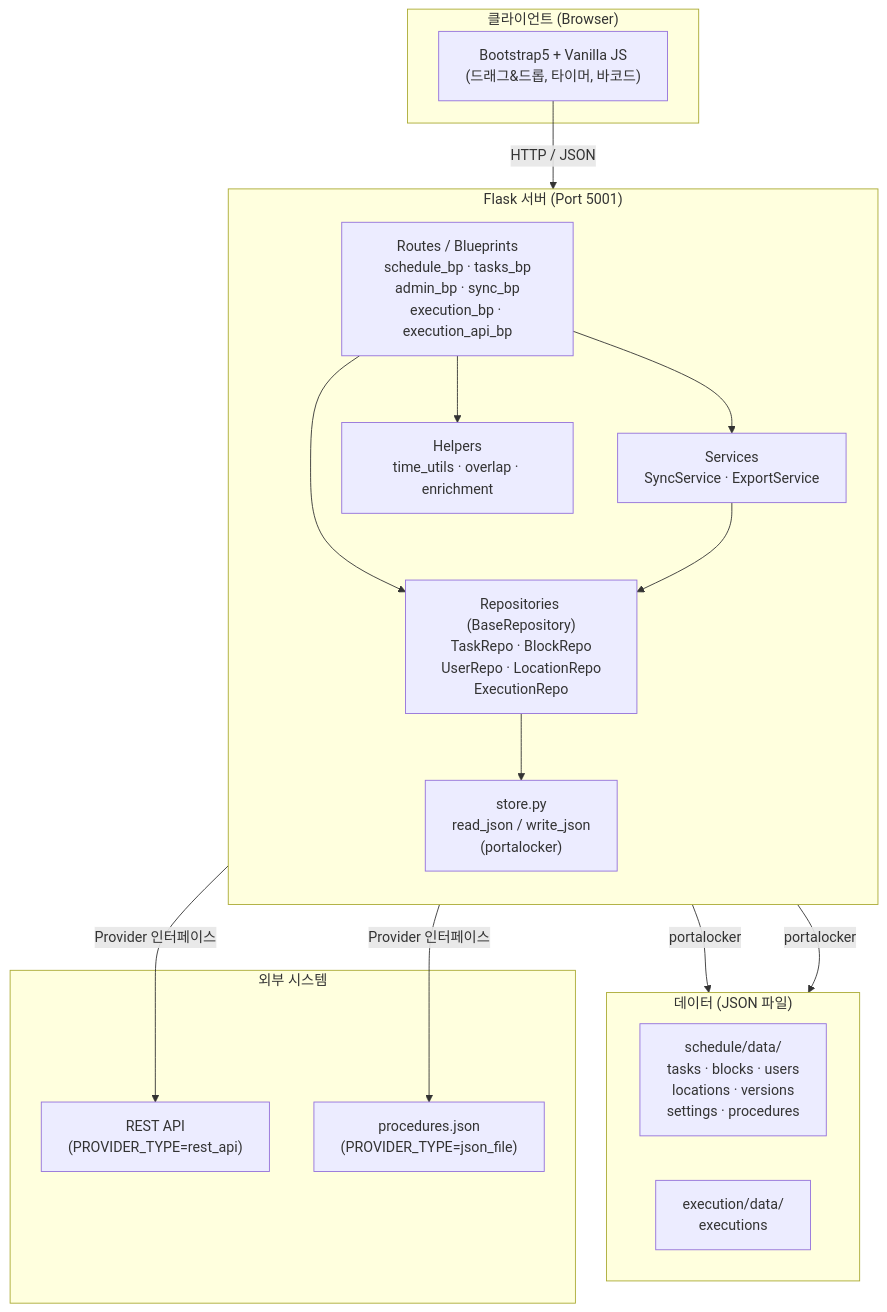
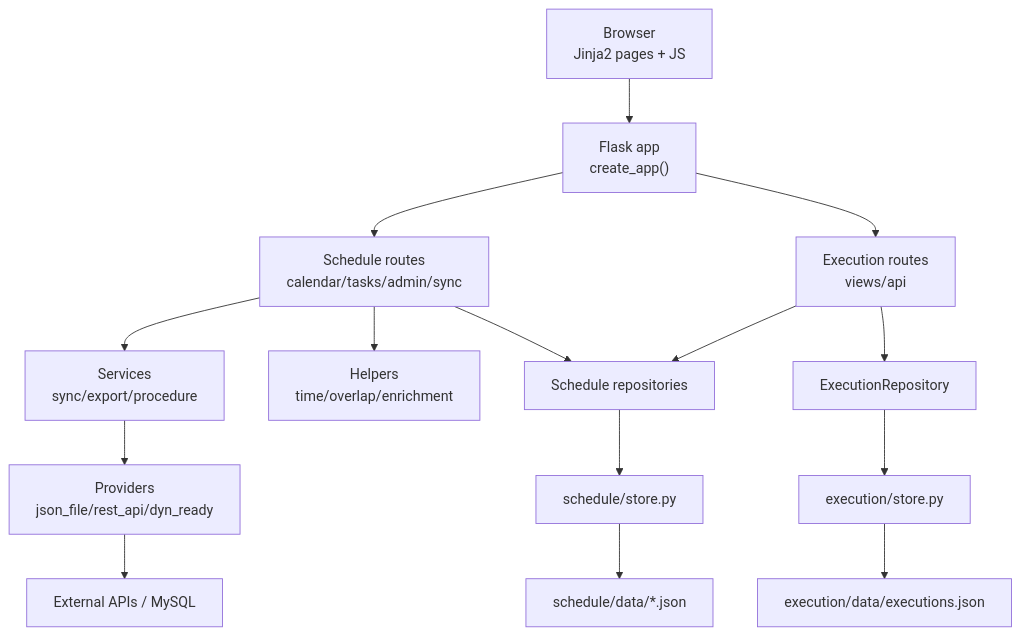
The diagram in docs/architecture.md (yangseungsang/scheduling), drawn with Mermaid before and after one commit. The commit also changed other lines of this file and 4 other files, not shown here.

````diff
--- a/docs/architecture.md
+++ b/docs/architecture.md
@@ -128,37 +69,32 @@
 ```mermaid
 graph TD
-    subgraph "클라이언트 (Browser)"
-        UI["Bootstrap5 + Vanilla JS<br/>(드래그&드롭, 타이머, 바코드)"]
-    end
+    Browser["Browser<br/>Jinja2 pages + JS"]
+    Flask["Flask app<br/>create_app()"]
+    ScheduleRoutes["Schedule routes<br/>calendar/tasks/admin/sync"]
+    ExecutionRoutes["Execution routes<br/>views/api"]
+    Services["Services<br/>sync/export/procedure"]
+    Helpers["Helpers<br/>time/overlap/enrichment"]
+    ScheduleModels["Schedule repositories"]
+    ExecutionModel["ExecutionRepository"]
+    ScheduleStore["schedule/store.py"]
+    ExecutionStore["execution/store.py"]
+    ScheduleData["schedule/data/*.json"]
+    ExecutionData["execution/data/executions.json"]
+    Providers["Providers<br/>json_file/rest_api/dyn_ready"]
+    External["External APIs / MySQL"]
 
-    subgraph "Flask 서버 (Port 5001)"
-        direction TB
-        Routes["Routes / Blueprints<br/>schedule_bp · tasks_bp<br/>admin_bp · sync_bp<br/>execution_bp · execution_api_bp"]
-        Services["Services<br/>SyncService · ExportService"]
-        Helpers["Helpers<br/>time_utils · overlap · enrichment"]
-        Repos["Repositories (BaseRepository)<br/>TaskRepo · BlockRepo<br/>UserRepo · LocationRepo<br/>ExecutionRepo"]
-        Store["store.py<br/>read_json / write_json<br/>(portalocker)"]
-    end
-
-    subgraph "데이터 (JSON 파일)"
-        direction LR
-        SchedData["schedule/data/<br/>tasks · blocks · users<br/>locations · versions<br/>settings · procedures"]
-        ExecData["execution/data/<br/>executions"]
-    end
-
-    subgraph "외부 시스템"
-        ExtAPI["REST API<br/>(PROVIDER_TYPE=rest_api)"]
-        ProcFile["procedures.json<br/>(PROVIDER_TYPE=json_file)"]
-    end
-
-    UI -->|HTTP / JSON| Routes
-    Routes --> Services
-    Routes --> Helpers
-    Routes --> Repos
-    Services --> Repos
-    Repos --> Store
-    Store -->|portalocker| SchedData
-    Store -->|portalocker| ExecData
-    Services -->|Provider 인터페이스| ExtAPI
-    Services -->|Provider 인터페이스| ProcFile
+    Browser --> Flask
+    Flask --> ScheduleRoutes
+    Flask --> ExecutionRoutes
+    ScheduleRoutes --> Services
+    ScheduleRoutes --> Helpers
+    ScheduleRoutes --> ScheduleModels
+    ExecutionRoutes --> ExecutionModel
+    ExecutionRoutes --> ScheduleModels
+    Services --> Providers
+    Providers --> External
+    ScheduleModels --> ScheduleStore
+    ExecutionModel --> ExecutionStore
+    ScheduleStore --> ScheduleData
+    ExecutionStore --> ExecutionData
 ```
````
